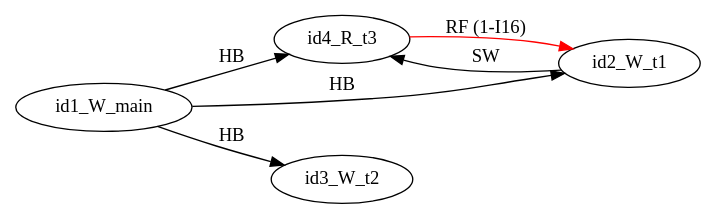
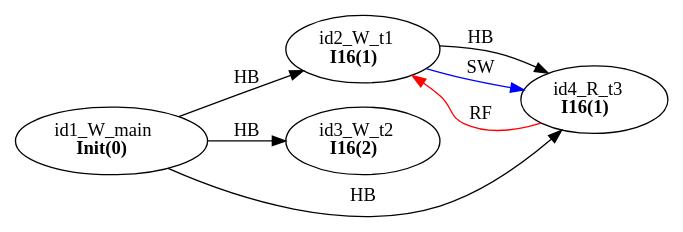
Before and after one commit to FMJS/EMME: the diagram in examples/single_var/sv_simple04/mm2.dot, drawn with Graphviz. The commit also changed 242 other files, not shown here.

```diff
--- a/examples/single_var/sv_simple04/mm2.dot
+++ b/examples/single_var/sv_simple04/mm2.dot
@@ -1,13 +1,14 @@
 digraph memory_model {
 rankdir=LR;
 splines=true; esep=0.5;
-id4_R_t3 -> id2_W_t1 [label = "RF (1-I16)", color="red"];
 id1_W_main -> id2_W_t1 [label = "HB", color="black"];
 id1_W_main -> id3_W_t2 [label = "HB", color="black"];
 id1_W_main -> id4_R_t3 [label = "HB", color="black"];
-id2_W_t1 -> id4_R_t3 [label = "SW", color="black"];
-id1_W_main [pos="5.0,2!"]
-id2_W_t1 [pos="0,0!"]
-id3_W_t2 [pos="5,0!"]
-id4_R_t3 [pos="10,0!"]
+id2_W_t1 -> id4_R_t3 [label = "HB", color="black"];
+id4_R_t3 -> id2_W_t1 [label = "RF", color="red"];
+id2_W_t1 -> id4_R_t3 [label = "SW", color="blue"];
+id1_W_main [label=<id1_W_main<br/><B>Init(0)</B>>, pos="5.0,2!"]
+id2_W_t1 [label=<id2_W_t1<br/><B>I16(1)</B>>, pos="0,0!"]
+id3_W_t2 [label=<id3_W_t2<br/><B>I16(2)</B>>, pos="5,0!"]
+id4_R_t3 [label=<id4_R_t3<br/><B>I16(1)</B>>, pos="10,0!"]
 }
```
